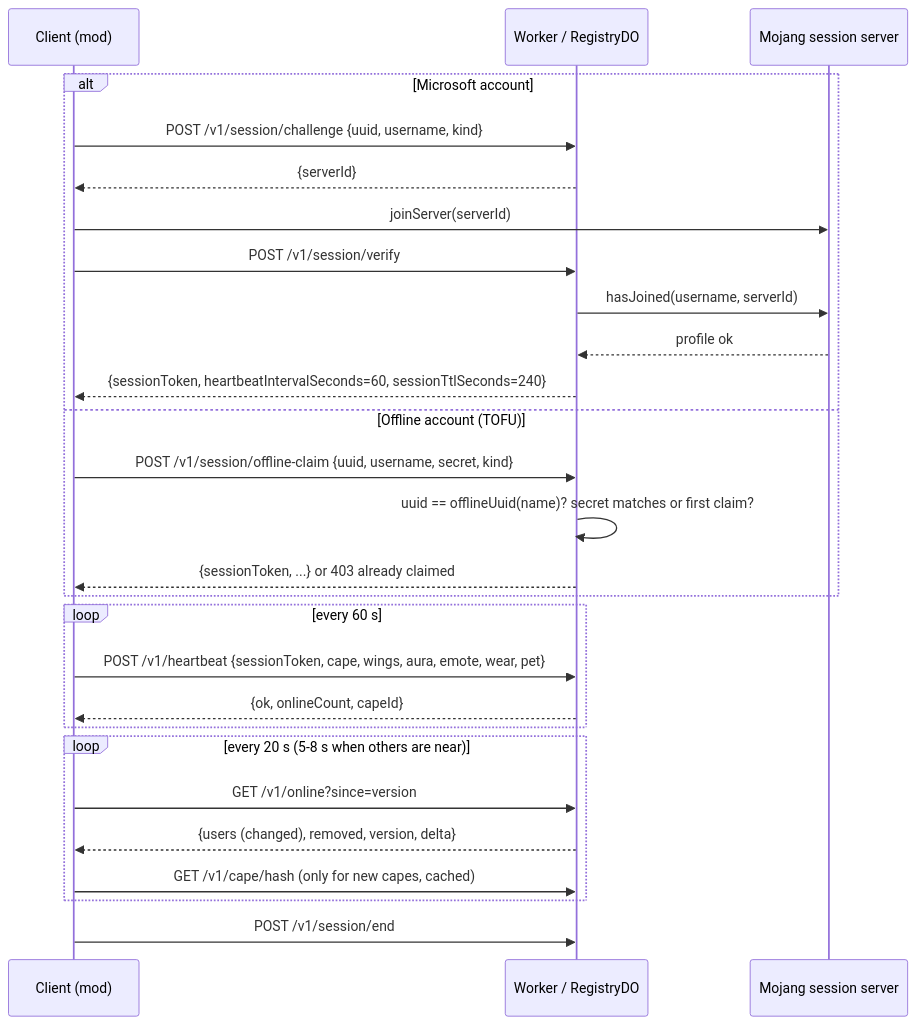
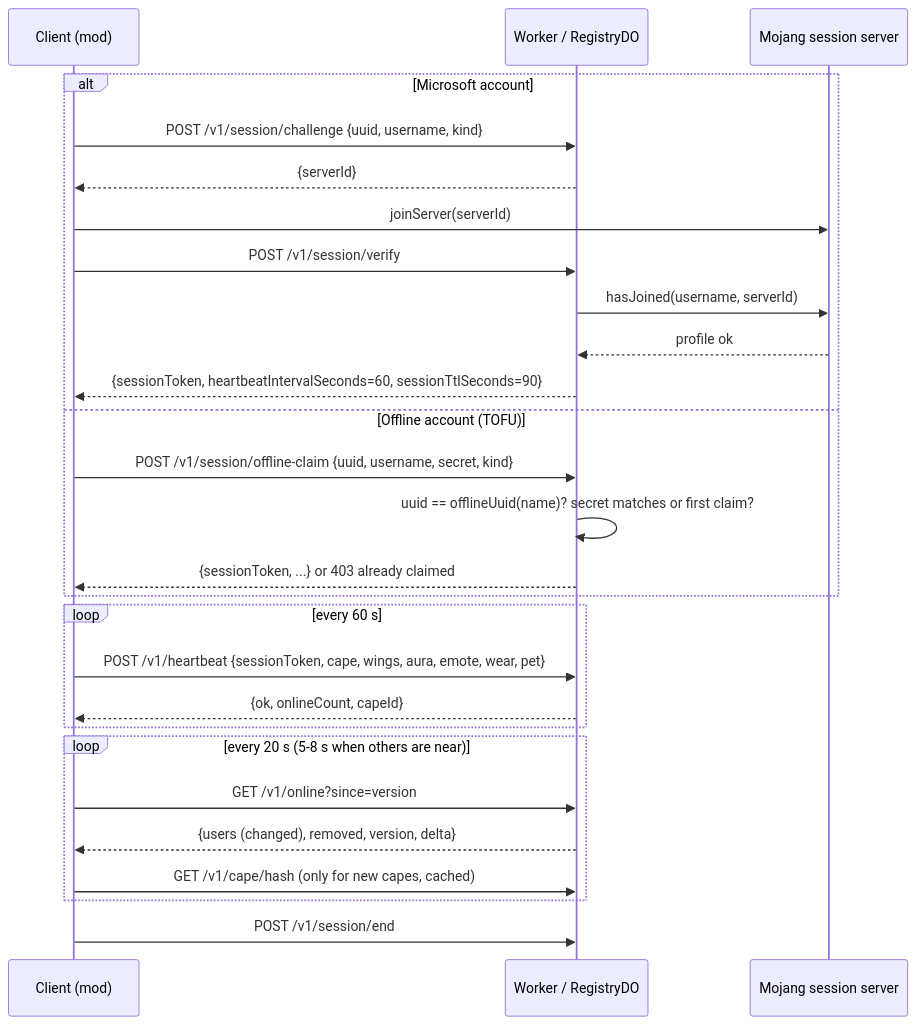
The second of 3 diagrams in context.md (Shaan4854/velo-client), drawn with Mermaid before and after one commit. The commit also changed other lines of this file and 1 other file, not shown here.

Commit message:
Worker: session TTL 240 s -> 90 s so a killed client drops offline within ~90 s (deployed, version cbd6195d)

````diff
--- a/context.md
+++ b/context.md
@@ -83,29 +83,29 @@
 ```mermaid
 sequenceDiagram
   participant C as Client (mod)
   participant W as Worker / RegistryDO
   participant J as Mojang session server
   alt Microsoft account
     C->>W: POST /v1/session/challenge {uuid, username, kind}
     W-->>C: {serverId}
     C->>J: joinServer(serverId)
     C->>W: POST /v1/session/verify
     W->>J: hasJoined(username, serverId)
     J-->>W: profile ok
-    W-->>C: {sessionToken, heartbeatIntervalSeconds=60, sessionTtlSeconds=240}
+    W-->>C: {sessionToken, heartbeatIntervalSeconds=60, sessionTtlSeconds=90}
   else Offline account (TOFU)
     C->>W: POST /v1/session/offline-claim {uuid, username, secret, kind}
     W->>W: uuid == offlineUuid(name)? secret matches or first claim?
     W-->>C: {sessionToken, ...} or 403 already claimed
   end
   loop every 60 s
     C->>W: POST /v1/heartbeat {sessionToken, cape, wings, aura, emote, wear, pet}
     W-->>C: {ok, onlineCount, capeId}
   end
   loop every 20 s (5-8 s when others are near)
     C->>W: GET /v1/online?since=version
     W-->>C: {users (changed), removed, version, delta}
     C->>W: GET /v1/cape/hash (only for new capes, cached)
   end
   C->>W: POST /v1/session/end
 ```
````
